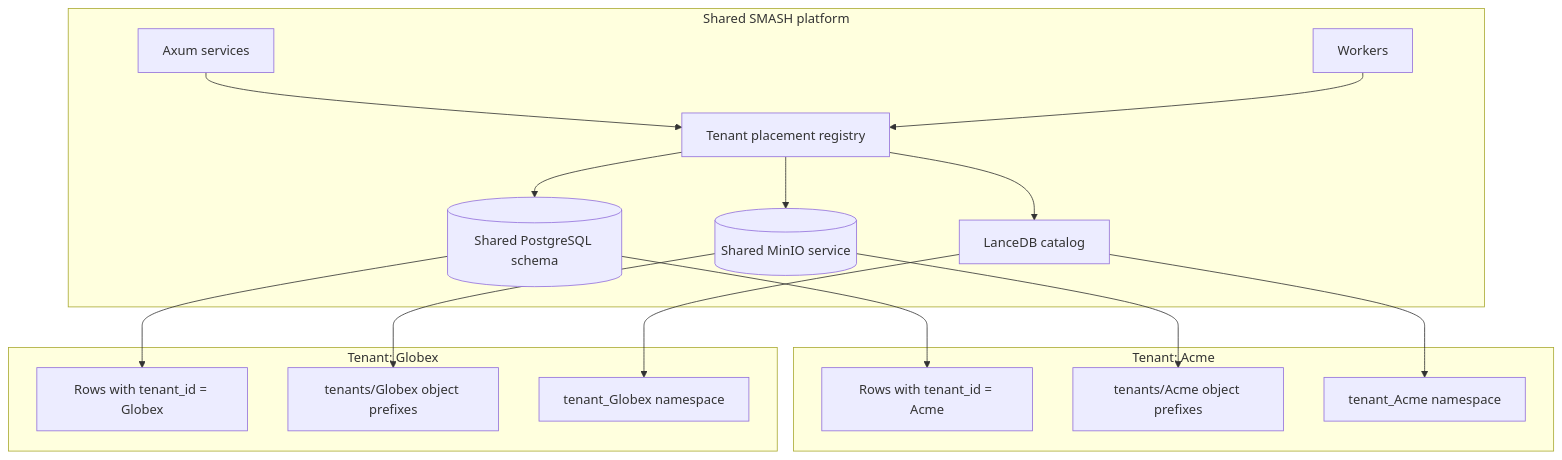
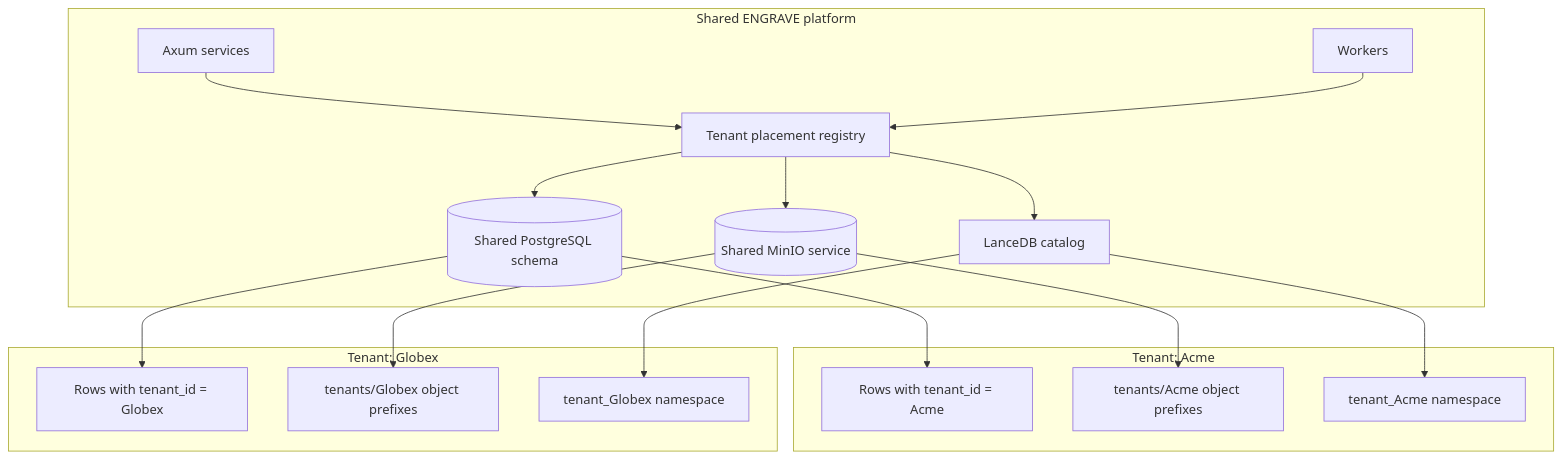
Before and after one commit to ebrahimisoheil/smash: diagram 13 of 16 in V2/docs/roadmap/23-diagrams.md, drawn with Mermaid. The commit also changed other lines of this file and 65 other files, not shown here.

````diff
--- a/V2/docs/roadmap/23-diagrams.md
+++ b/V2/docs/roadmap/23-diagrams.md
@@ -405,35 +405,35 @@
 ```mermaid
 flowchart TB
-    subgraph Platform[Shared SMASH platform]
+    subgraph Platform[Shared ENGRAVE platform]
         API[Axum services]
         Worker[Workers]
         PG[(Shared PostgreSQL schema)]
         MinIO[(Shared MinIO service)]
         Catalog[LanceDB catalog]
         Placement[Tenant placement registry]
     end
 
     subgraph Acme[Tenant: Acme]
         AcmeRows[Rows with tenant_id = Acme]
         AcmeObjects[tenants/Acme object prefixes]
         AcmeVectors[tenant_Acme namespace]
     end
 
     subgraph Globex[Tenant: Globex]
         GlobexRows[Rows with tenant_id = Globex]
         GlobexObjects[tenants/Globex object prefixes]
         GlobexVectors[tenant_Globex namespace]
     end
 
     API --> Placement
     Worker --> Placement
     Placement --> PG
     Placement --> MinIO
     Placement --> Catalog
     PG --> AcmeRows
     PG --> GlobexRows
     MinIO --> AcmeObjects
     MinIO --> GlobexObjects
     Catalog --> AcmeVectors
     Catalog --> GlobexVectors
 ```
````
